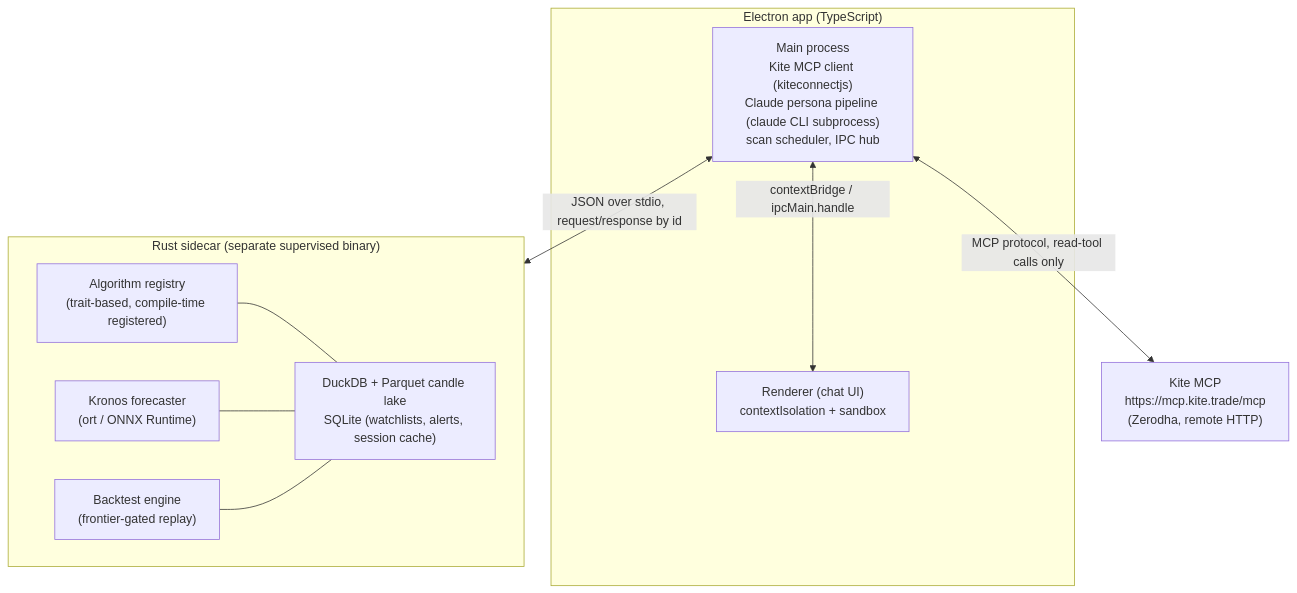
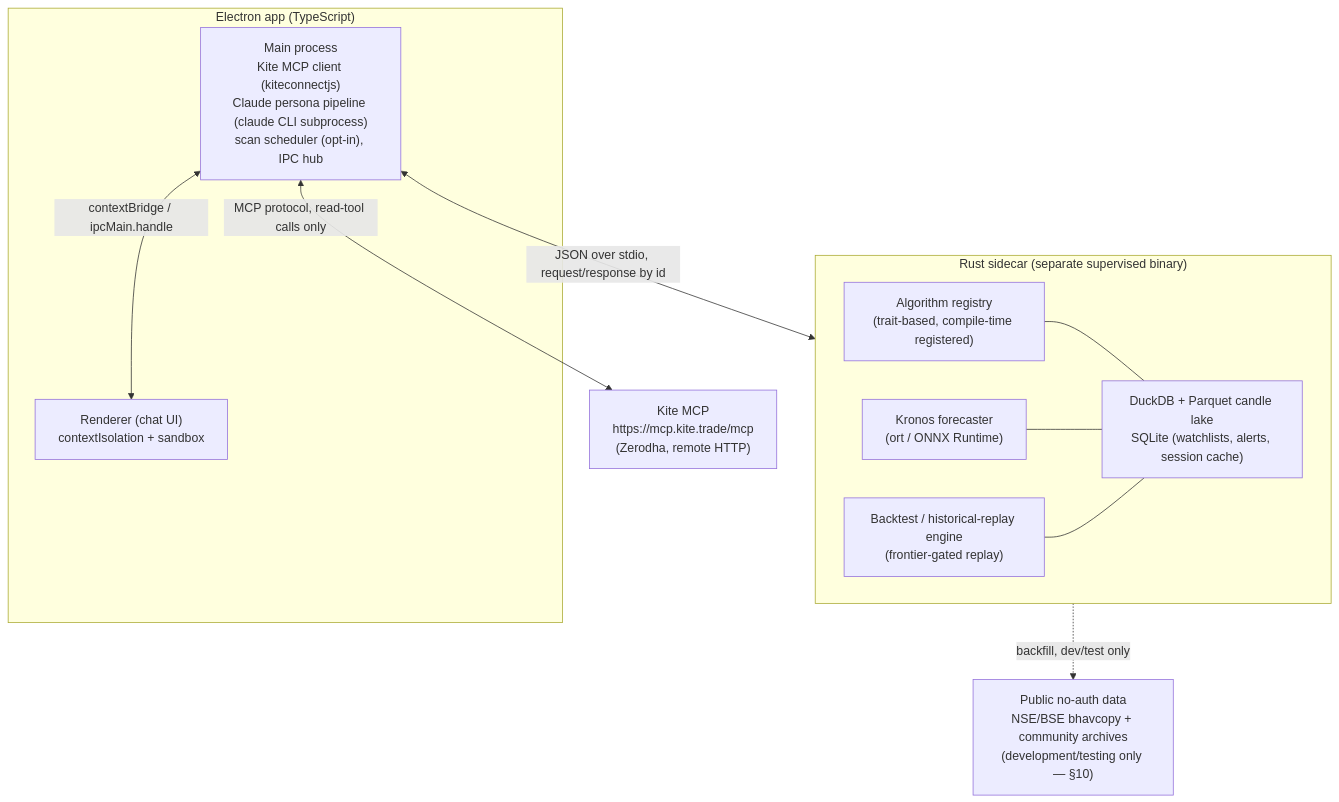
Before and after one commit to hadetan/trade-assistant: the diagram in docs/superpowers/specs/2026-07-18-trade-assistant-design.md, drawn with Mermaid. The commit also changed other lines of this file, not shown here.

First line of the commit message:
Add response-mode toggle, opt-in scanning, and public-data test harness

````diff
--- a/docs/superpowers/specs/2026-07-18-trade-assistant-design.md
+++ b/docs/superpowers/specs/2026-07-18-trade-assistant-design.md
@@ -33,23 +35,25 @@
 ```mermaid
 flowchart TB
     subgraph Electron["Electron app (TypeScript)"]
-        Main["Main process<br/>Kite MCP client (kiteconnectjs)<br/>Claude persona pipeline (claude CLI subprocess)<br/>scan scheduler, IPC hub"]
+        Main["Main process<br/>Kite MCP client (kiteconnectjs)<br/>Claude persona pipeline (claude CLI subprocess)<br/>scan scheduler (opt-in), IPC hub"]
         Renderer["Renderer (chat UI)<br/>contextIsolation + sandbox"]
         Main <-->|contextBridge / ipcMain.handle| Renderer
     end
 
     subgraph RustSidecar["Rust sidecar (separate supervised binary)"]
         Algo["Algorithm registry<br/>(trait-based, compile-time registered)"]
         Kronos["Kronos forecaster<br/>(ort / ONNX Runtime)"]
-        Backtest["Backtest engine<br/>(frontier-gated replay)"]
+        Backtest["Backtest / historical-replay engine<br/>(frontier-gated replay)"]
         Store["DuckDB + Parquet candle lake<br/>SQLite (watchlists, alerts, session cache)"]
         Algo --- Store
         Kronos --- Store
         Backtest --- Store
     end
 
     KiteMCP["Kite MCP<br/>https://mcp.kite.trade/mcp<br/>(Zerodha, remote HTTP)"]
+    PublicData["Public no-auth data<br/>NSE/BSE bhavcopy + community archives<br/>(development/testing only — §10)"]
 
     Main <-->|JSON over stdio, request/response by id| RustSidecar
     Main <-->|MCP protocol, read-tool calls only| KiteMCP
+    RustSidecar -.->|backfill, dev/test only| PublicData
 ```
````
